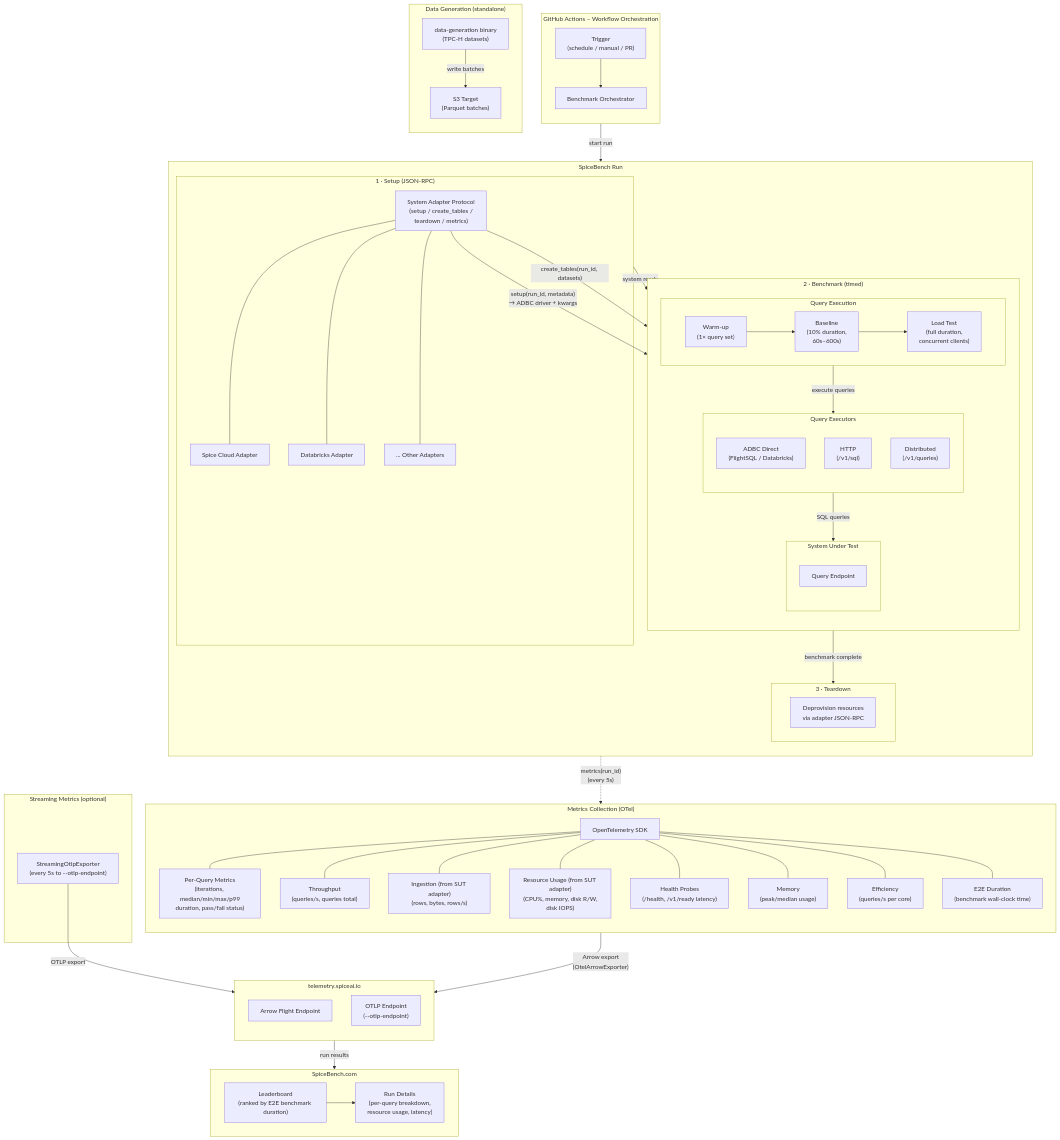
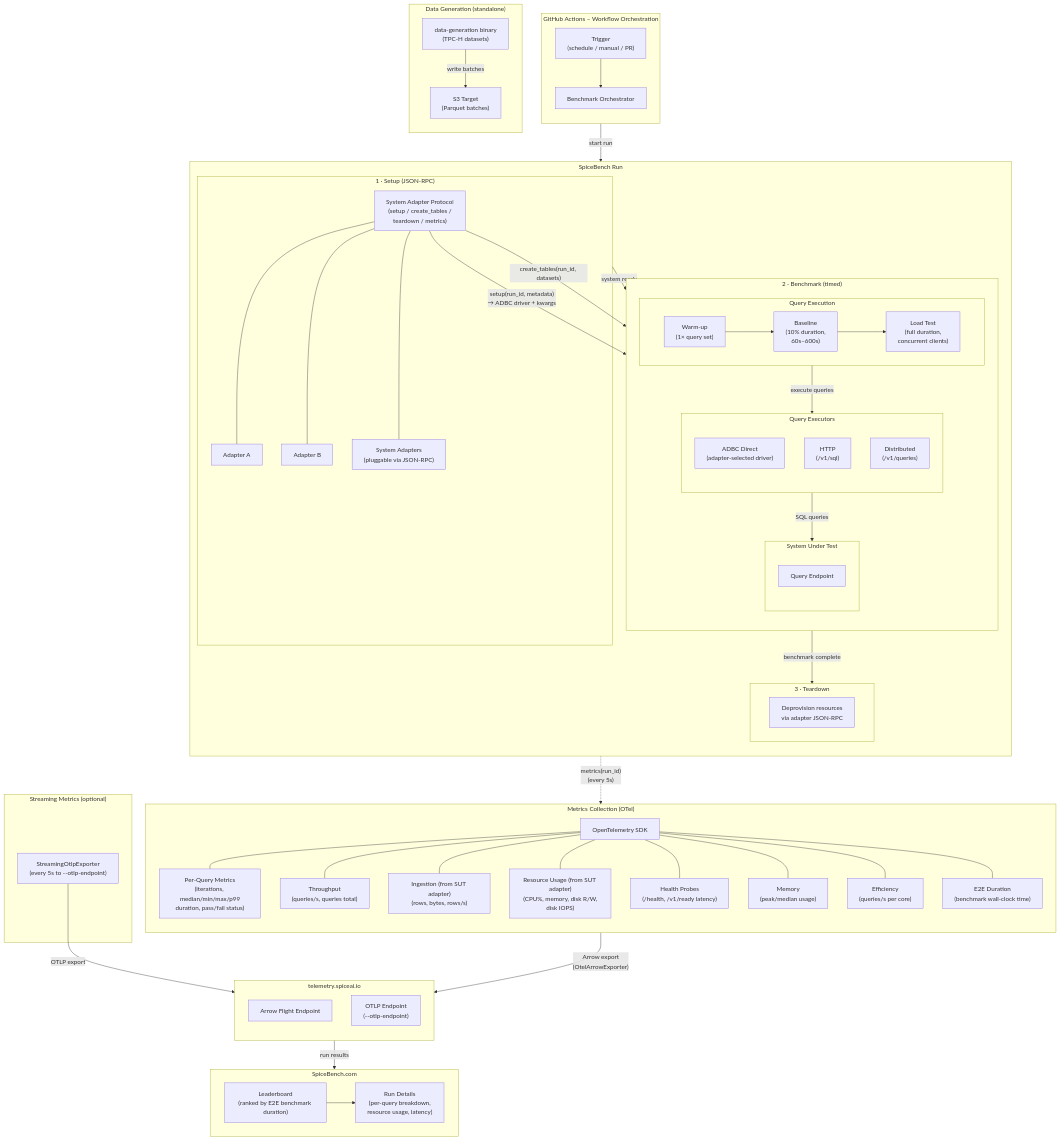
One commit to spiceai/spicebench changed the diagram in README.md. Above: the diagram before and after it, drawn with Mermaid. The commit also changed other lines of this file and 8 other files, not shown here.

Commit message:
docs: update documentation for system adapters, configuration, and future AI-native benchmarks

```diff
--- a/README.md
+++ b/README.md
@@ -69,9 +82,9 @@
 
         subgraph setup_phase["1 · Setup (JSON-RPC)"]
             adapter_iface["System Adapter Protocol\n(setup / create_tables /\nteardown / metrics)"]
-            spice["Spice Cloud Adapter"]
-            databricks["Databricks Adapter"]
-            other["... Other Adapters"]
+            spice["Adapter A"]
+            databricks["Adapter B"]
+            other["System Adapters\n(pluggable via JSON-RPC)"]
             adapter_iface --- spice
             adapter_iface --- databricks
             adapter_iface --- other
@@ -90,7 +103,7 @@
 
             subgraph executors["Query Executors"]
                 direction TB
-                adbc_exec["ADBC Direct\n(FlightSQL / Databricks)"]
+                adbc_exec["ADBC Direct\n(adapter-selected driver)"]
                 http_exec["HTTP\n(/v1/sql)"]
                 distributed_exec["Distributed\n(/v1/queries)"]
             end
```
